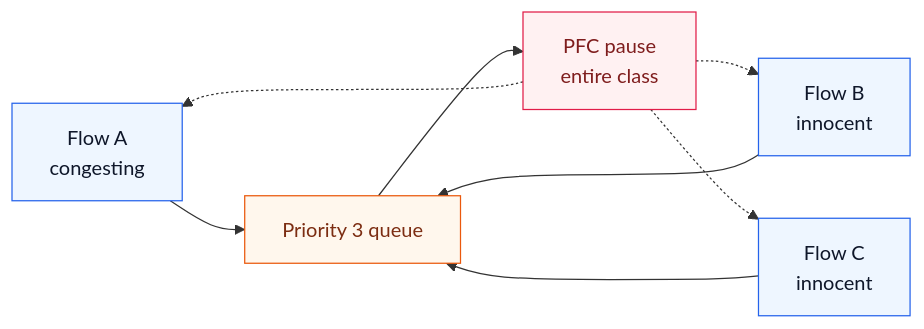
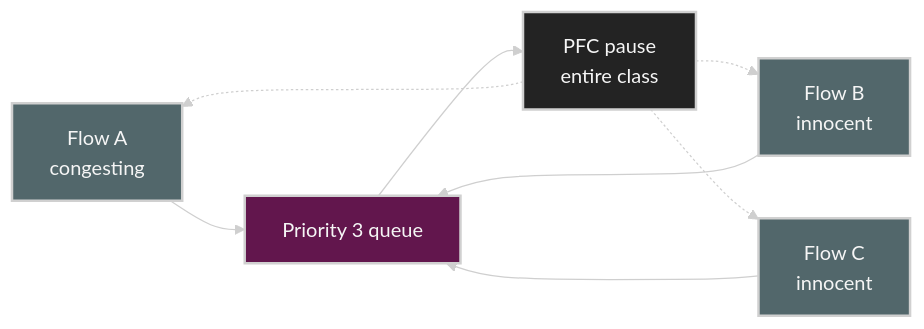
Before and after one commit to ziwon/ai-data-center-network: the fourth of 10 diagrams in ai-data-center-network/chap07/README.md, drawn with Mermaid. The commit also changed other lines of this file and 35 other files, not shown here.

Commit message:
docs(mermaid): apply dark diagram style

````diff
--- a/ai-data-center-network/chap07/README.md
+++ b/ai-data-center-network/chap07/README.md
@@ -374,20 +377,21 @@
 ```mermaid
+%%{init: {"theme": "base", "themeVariables": {"background": "#171717", "primaryColor": "#232323", "primaryTextColor": "#f5f5f5", "primaryBorderColor": "#d0d0d0", "lineColor": "#cfcfcf", "fontFamily": "Inter, Arial, sans-serif"}}}%%
 flowchart LR
-    classDef flow fill:#eef6ff,stroke:#2563eb,color:#0f172a
-    classDef queue fill:#fff7ed,stroke:#ea580c,color:#7c2d12
-    classDef paused fill:#fff1f2,stroke:#e11d48,color:#7f1d1d
+    classDef flow fill:#52676b,stroke:#d0d0d0,color:#f5f5f5,stroke-width:2px;
+    classDef queue fill:#62164d,stroke:#d0d0d0,color:#f5f5f5,stroke-width:2px;
+    classDef paused fill:#232323,stroke:#d0d0d0,color:#f5f5f5,stroke-width:2px;
 
     A[Flow A<br/>congesting]:::flow
     B[Flow B<br/>innocent]:::flow
     C[Flow C<br/>innocent]:::flow
     Q[Priority 3 queue]:::queue
     P[PFC pause<br/>entire class]:::paused
 
     A --> Q
     B --> Q
     C --> Q
     Q --> P
     P -.-> A
     P -.-> B
     P -.-> C
 ```
````
